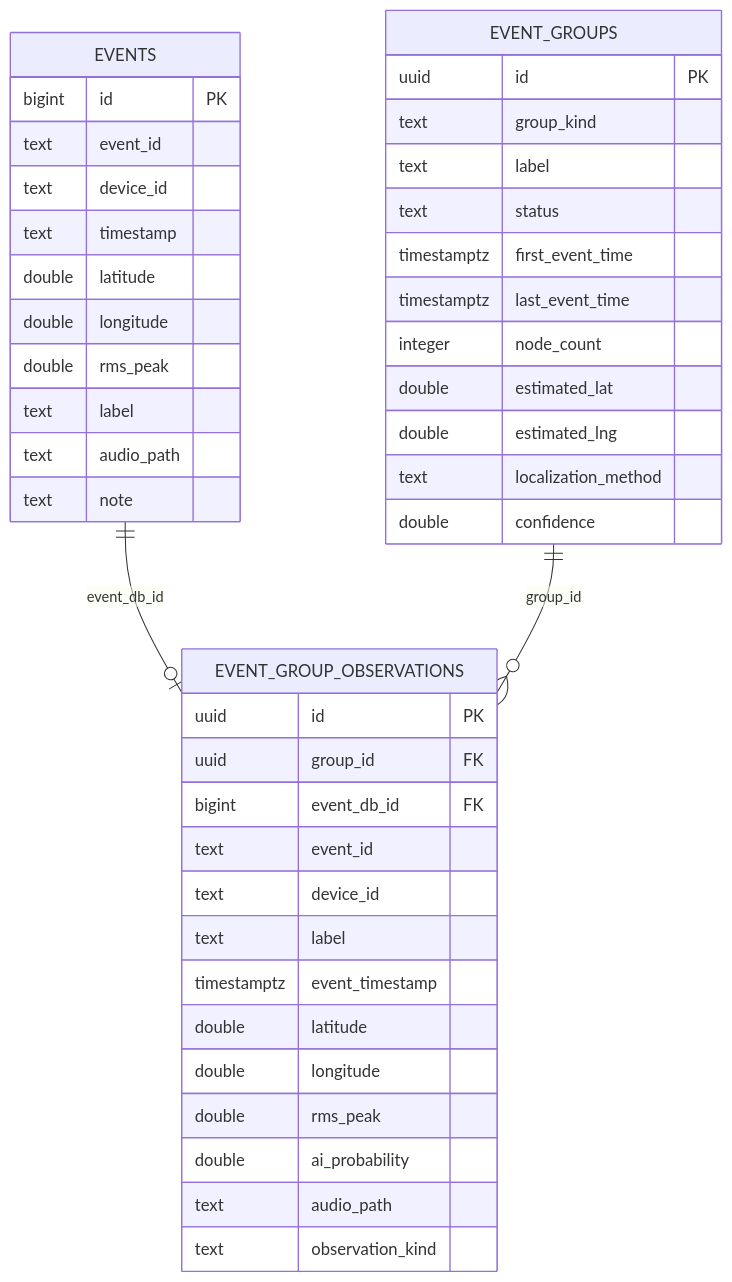
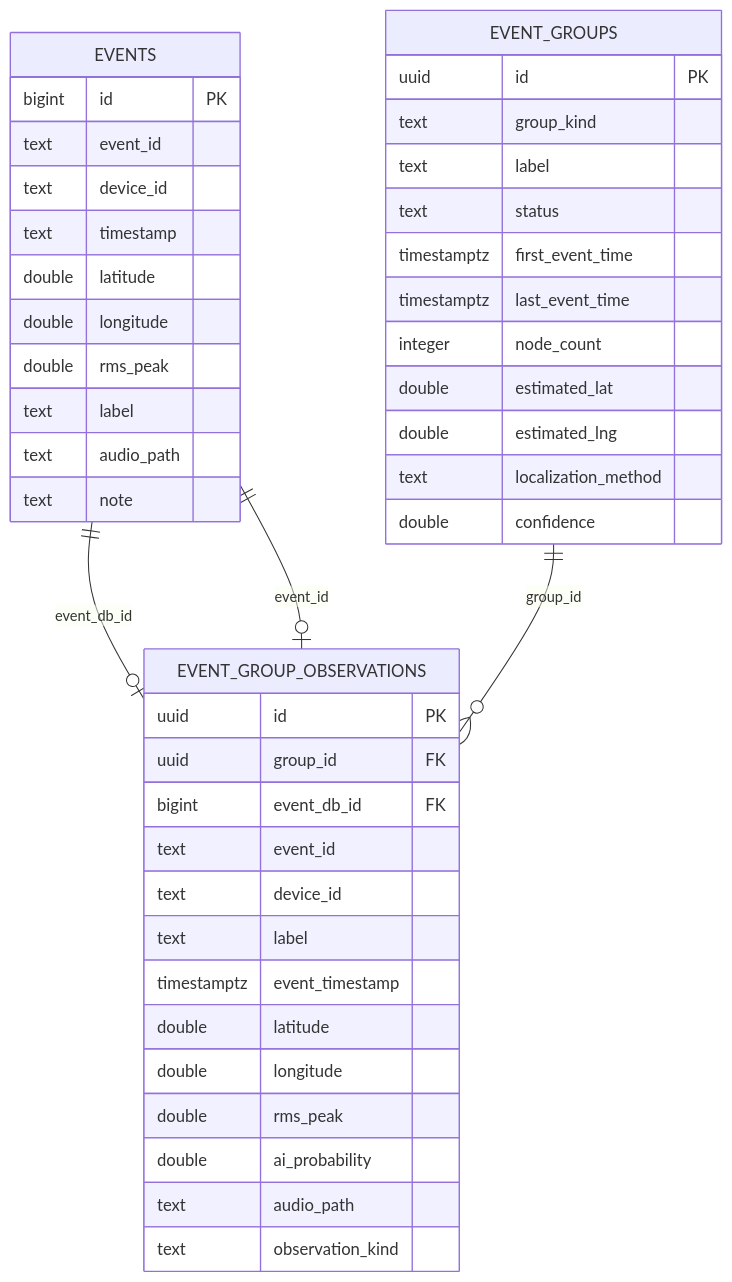
Before and after one commit to vickuo2005-sys/sound_backend: the diagram in docs/database/event-fusion-schema.md, drawn with Mermaid. The commit also changed other lines of this file and 1 other file, not shown here.

Commit message:
Add event fusion foreign key safeguards

````diff
--- a/docs/database/event-fusion-schema.md
+++ b/docs/database/event-fusion-schema.md
@@ -9,48 +9,49 @@
 ```mermaid
 erDiagram
     EVENTS ||--o| EVENT_GROUP_OBSERVATIONS : "event_db_id"
+    EVENTS ||--o| EVENT_GROUP_OBSERVATIONS : "event_id"
     EVENT_GROUPS ||--o{ EVENT_GROUP_OBSERVATIONS : "group_id"
 
     EVENTS {
         bigint id PK
         text event_id
         text device_id
         text timestamp
         double latitude
         double longitude
         double rms_peak
         text label
         text audio_path
         text note
     }
 
     EVENT_GROUPS {
         uuid id PK
         text group_kind
         text label
         text status
         timestamptz first_event_time
         timestamptz last_event_time
         integer node_count
         double estimated_lat
         double estimated_lng
         text localization_method
         double confidence
     }
 
     EVENT_GROUP_OBSERVATIONS {
         uuid id PK
         uuid group_id FK
         bigint event_db_id FK
         text event_id
         text device_id
         text label
         timestamptz event_timestamp
         double latitude
         double longitude
         double rms_peak
         double ai_probability
         text audio_path
         text observation_kind
     }
 ```
````
